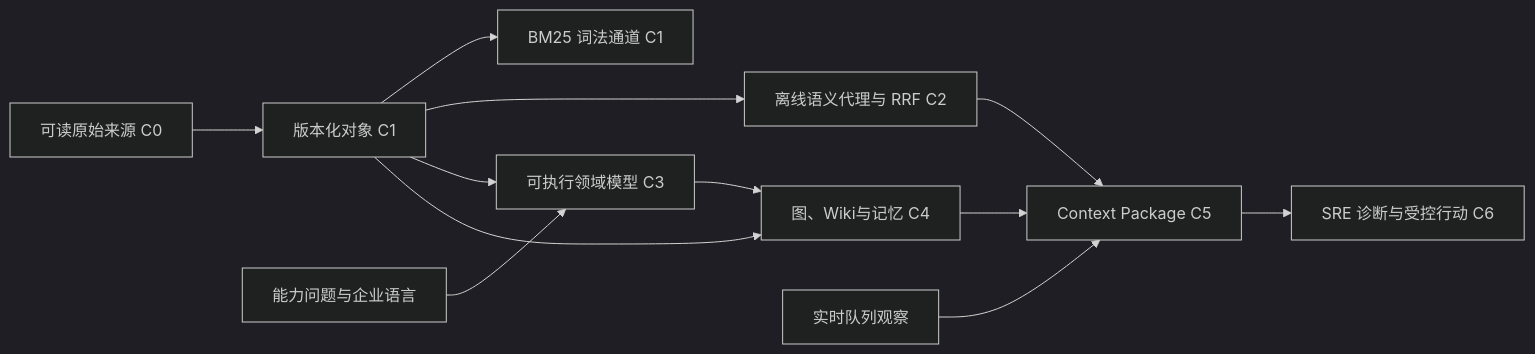
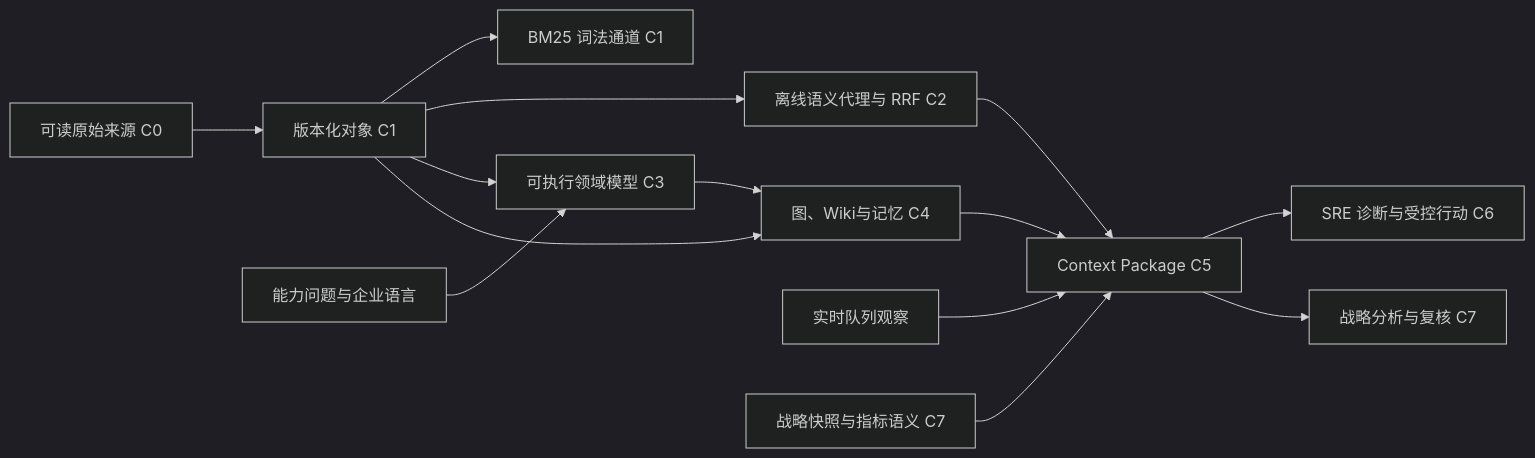
Before and after one commit to LENSHOOD/enterprise-context-book: the second of 2 diagrams in book/part-4/chapter-14.md, drawn with Mermaid (dark theme). The commit also changed other lines of this file and 50 other files, not shown here.

````diff
--- a/book/part-4/chapter-14.md
+++ b/book/part-4/chapter-14.md
@@ -87,14 +108,16 @@
 ```mermaid
 flowchart LR
   R[可读原始来源 C0] --> B[版本化对象 C1]
   B --> L[BM25 词法通道 C1]
   B --> S[离线语义代理与 RRF C2]
   Q[能力问题与企业语言] --> M[可执行领域模型 C3]
   B --> M
   M --> G[图、Wiki与记忆 C4]
   B --> G
   S --> C[Context Package C5]
   G --> C
   O[实时队列观察] --> C
+  E[战略快照与指标语义 C7] --> C
   C --> H[SRE 诊断与受控行动 C6]
+  C --> A[战略分析与复核 C7]
 ```
````
